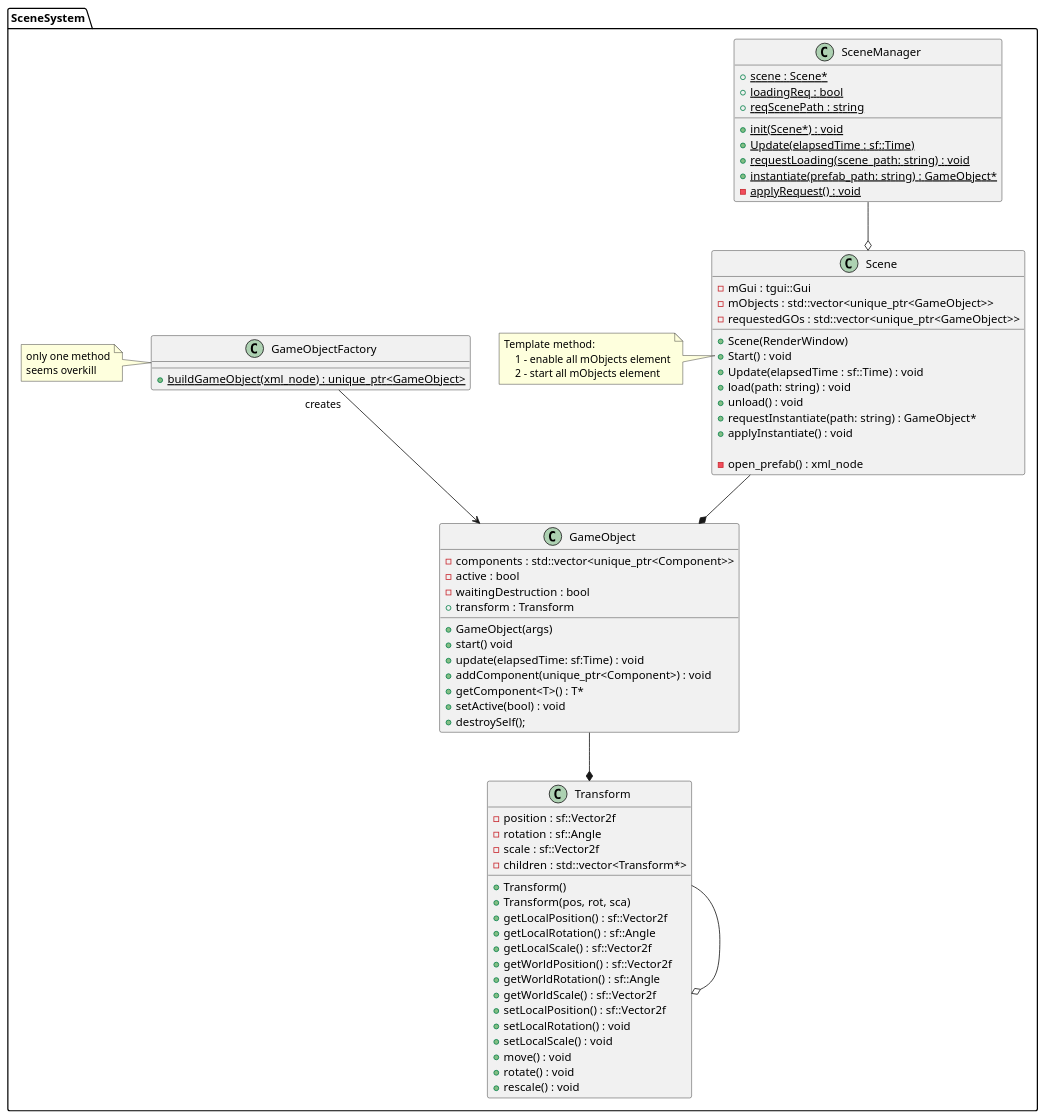
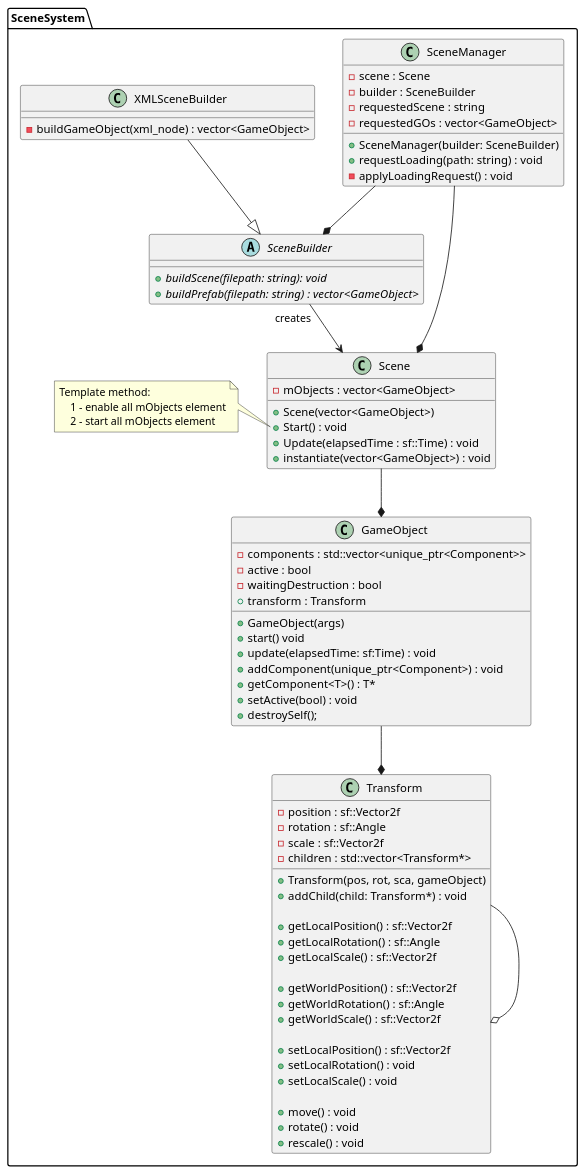
Before and after one commit to AntoFruch/PatternFactory: the diagram in doc/uml/sceneSystem.puml, drawn with PlantUML. The commit also changed 6 other files, not shown here.

Commit message:
class diagrams and mirroring gitlab config file

```diff
--- a/doc/uml/sceneSystem.puml
+++ b/doc/uml/sceneSystem.puml
@@ -1,92 +1,93 @@
 @startuml sceneSystem
 
 namespace SceneSystem {
-    class SceneManager{
-        + {static} scene : Scene*
-        + {static} loadingReq : bool
-        + {static} reqScenePath : string
 
-        + {static} init(Scene*) : void
-        + {static} Update(elapsedTime : sf::Time)
-        + {static} requestLoading(scene_path: string) : void
-        + {static} instantiate(prefab_path: string) : GameObject*
-        - {static} applyRequest() : void
+    class Scene{
+        - mObjects : vector<GameObject>
+
+        + Scene(vector<GameObject>)
+        + Start() : void
+        + Update(elapsedTime : sf::Time) : void
+        + instantiate(vector<GameObject>) : void
     }
 
-    class Scene{
-        - mGui : tgui::Gui
-        - mObjects : std::vector<unique_ptr<GameObject>>
-        - requestedGOs : std::vector<unique_ptr<GameObject>>
+    class SceneManager {
+        - scene : Scene
+        - builder : SceneBuilder
+        - requestedScene : string
+        - requestedGOs : vector<GameObject>
 
-        + Scene(RenderWindow)
-        + Start() : void
-        + Update(elapsedTime : sf::Time) : void
-        + load(path: string) : void
-        + unload() : void
-        + requestInstantiate(path: string) : GameObject*
-        + applyInstantiate() : void
-
-        - open_prefab() : xml_node
+        + SceneManager(builder: SceneBuilder)
+        + requestLoading(path: string) : void
+        - applyLoadingRequest() : void
     }
 
     note left of Scene::Start
         Template method:
             1 - enable all mObjects element
             2 - start all mObjects element
     endnote
 
-    class GameObjectFactory {
-        + {static} buildGameObject(xml_node) : unique_ptr<GameObject>
+    abstract class SceneBuilder{
+        + {abstract} buildScene(filepath: string): void
+        + {abstract} buildPrefab(filepath: string) : vector<GameObject>
     }
-    note left of GameObjectFactory
-      only one method
-      seems overkill
-    end note
+
+    class XMLSceneBuilder{
+        - buildGameObject(xml_node) : vector<GameObject>
+    }
+
+    XMLSceneBuilder --|> SceneBuilder
 
     class GameObject{
         - components : std::vector<unique_ptr<Component>>
         - active : bool
         - waitingDestruction : bool
         + transform : Transform
 
         + GameObject(args)
         + start() void
         + update(elapsedTime: sf:Time) : void
         + addComponent(unique_ptr<Component>) : void
         + getComponent<T>() : T*
         + setActive(bool) : void
         + destroySelf();
     }
 
     class Transform {
         - position : sf::Vector2f
         - rotation : sf::Angle
         - scale : sf::Vector2f
         - children : std::vector<Transform*>
 
-        + Transform()
-        + Transform(pos, rot, sca)
+        + Transform(pos, rot, sca, gameObject)
+        + addChild(child: Transform*) : void
+
         + getLocalPosition() : sf::Vector2f
         + getLocalRotation() : sf::Angle
         + getLocalScale() : sf::Vector2f
+
         + getWorldPosition() : sf::Vector2f
         + getWorldRotation() : sf::Angle
         + getWorldScale() : sf::Vector2f
+
         + setLocalPosition() : sf::Vector2f
         + setLocalRotation() : void
         + setLocalScale() : void
+
         + move() : void
         + rotate() : void
         + rescale() : void
     }
 
-    GameObjectFactory "creates"--> GameObject
+    SceneBuilder "creates" --> Scene
+    SceneManager --* Scene
+    SceneManager --* SceneBuilder
 
     GameObject --* Transform
     Transform --o Transform
 
-    SceneManager --o Scene
     Scene --* GameObject
 }
 
 @enduml
```
